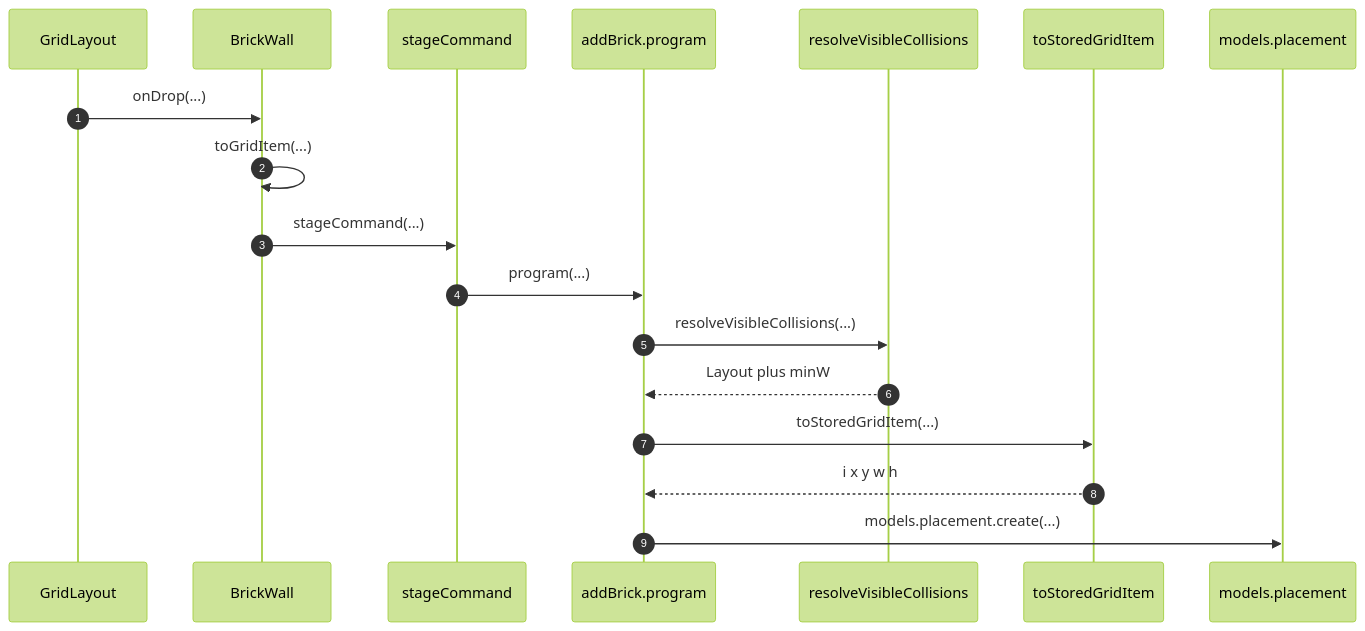
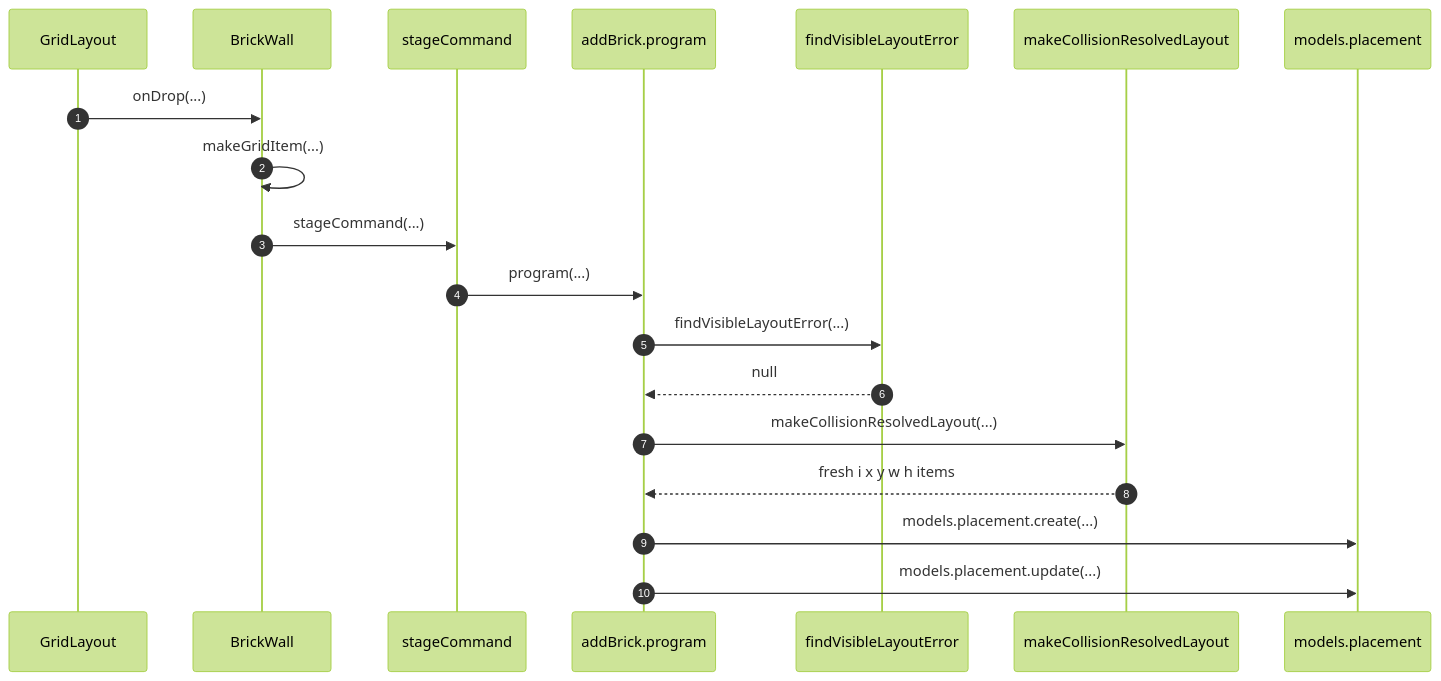
The second of 4 diagrams in wiki/architecture/browser/LibraryGridItem.md (morgs32/qrk.sh), drawn with Mermaid (forest theme) before and after one commit. The commit also changed other lines of this file and 19 other files, not shown here.

````diff
--- a/wiki/architecture/browser/LibraryGridItem.md
+++ b/wiki/architecture/browser/LibraryGridItem.md
@@ -70,28 +73,30 @@
 ```mermaid
 sequenceDiagram
   participant GridLayout
   participant BrickWall
   participant stageCommand
   participant addBrickProgram as addBrick.program
-  participant resolveVisibleCollisions
-  participant toStoredGridItem
+  participant findVisibleLayoutError
+  participant makeCollisionResolvedLayout
   participant placementModel as models.placement
   autonumber 1
   GridLayout->>BrickWall: onDrop(...)
   autonumber 2
-  BrickWall->>BrickWall: toGridItem(...)
+  BrickWall->>BrickWall: makeGridItem(...)
   autonumber 3
   BrickWall->>stageCommand: stageCommand(...)
   autonumber 4
   stageCommand->>addBrickProgram: program(...)
   autonumber 5
-  addBrickProgram->>resolveVisibleCollisions: resolveVisibleCollisions(...)
+  addBrickProgram->>findVisibleLayoutError: findVisibleLayoutError(...)
   autonumber 6
-  resolveVisibleCollisions-->>addBrickProgram: Layout plus minW
+  findVisibleLayoutError-->>addBrickProgram: null
   autonumber 7
-  addBrickProgram->>toStoredGridItem: toStoredGridItem(...)
+  addBrickProgram->>makeCollisionResolvedLayout: makeCollisionResolvedLayout(...)
   autonumber 8
-  toStoredGridItem-->>addBrickProgram: i x y w h
+  makeCollisionResolvedLayout-->>addBrickProgram: fresh i x y w h items
   autonumber 9
   addBrickProgram->>placementModel: models.placement.create(...)
+  autonumber 10
+  addBrickProgram->>placementModel: models.placement.update(...)
 ```
````
